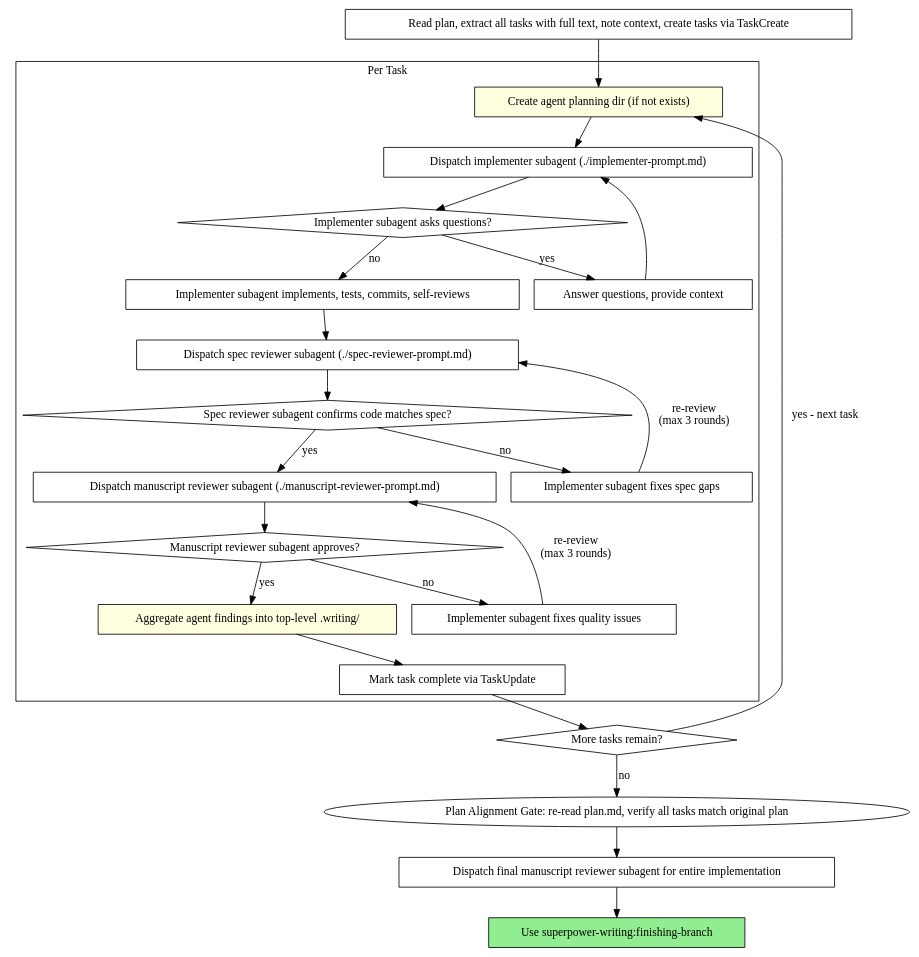
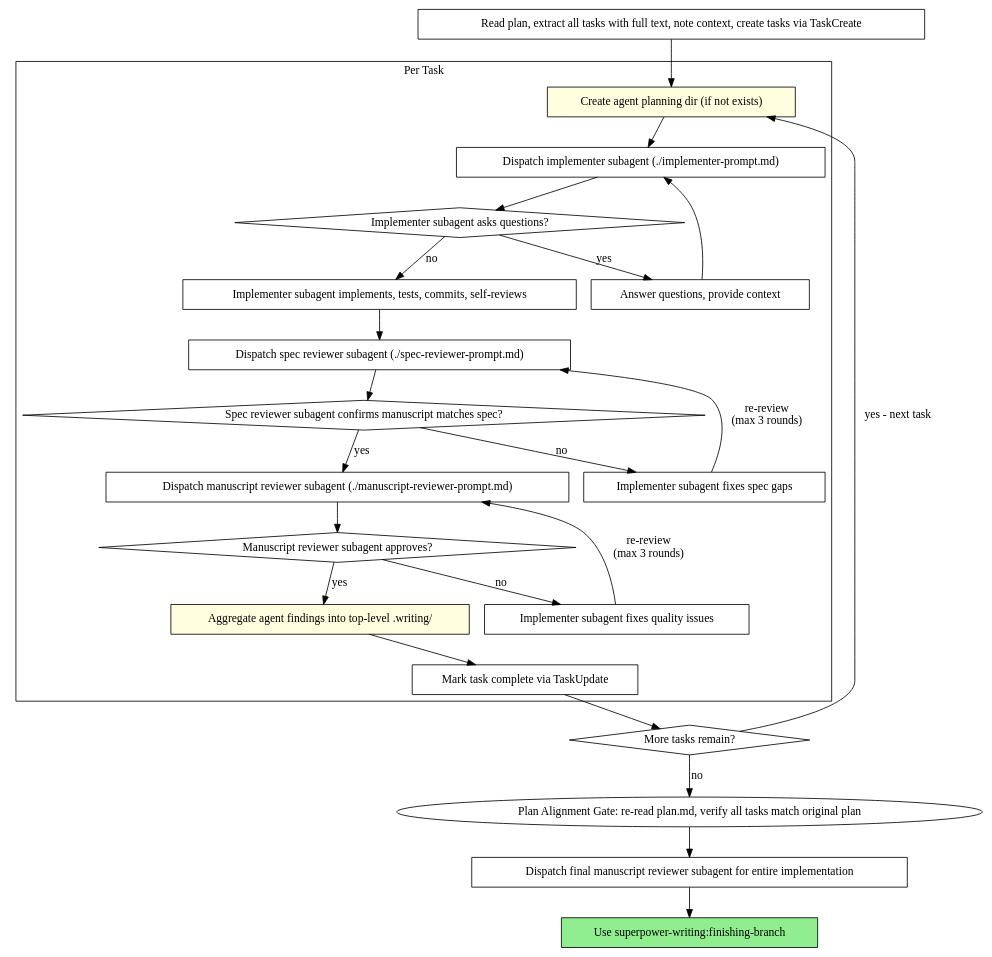
One commit to SipengXie2024/superpower-writing changed the second of 2 diagrams in skills/subagent-driven/SKILL.md. Above: the diagram before and after it, drawn with Graphviz. The commit also changed 2 other files, not shown here.

Commit message:
fix(skills): rewrite subagent-driven code→manuscript for artifact references (D9)

````diff
--- a/skills/subagent-driven/SKILL.md
+++ b/skills/subagent-driven/SKILL.md
@@ -84,49 +84,49 @@
 ```dot
 digraph process {
     rankdir=TB;
 
     subgraph cluster_per_task {
         label="Per Task";
         "Create agent planning dir (if not exists)" [shape=box style=filled fillcolor=lightyellow];
         "Dispatch implementer subagent (./implementer-prompt.md)" [shape=box];
         "Implementer subagent asks questions?" [shape=diamond];
         "Answer questions, provide context" [shape=box];
         "Implementer subagent implements, tests, commits, self-reviews" [shape=box];
         "Dispatch spec reviewer subagent (./spec-reviewer-prompt.md)" [shape=box];
-        "Spec reviewer subagent confirms code matches spec?" [shape=diamond];
+        "Spec reviewer subagent confirms manuscript matches spec?" [shape=diamond];
         "Implementer subagent fixes spec gaps" [shape=box];
         "Dispatch manuscript reviewer subagent (./manuscript-reviewer-prompt.md)" [shape=box];
         "Manuscript reviewer subagent approves?" [shape=diamond];
         "Implementer subagent fixes quality issues" [shape=box];
         "Aggregate agent findings into top-level .writing/" [shape=box style=filled fillcolor=lightyellow];
         "Mark task complete via TaskUpdate" [shape=box];
     }
 
     "Read plan, extract all tasks with full text, note context, create tasks via TaskCreate" [shape=box];
     "More tasks remain?" [shape=diamond];
     "Dispatch final manuscript reviewer subagent for entire implementation" [shape=box];
     "Use superpower-writing:finishing-branch" [shape=box style=filled fillcolor=lightgreen];
 
     "Read plan, extract all tasks with full text, note context, create tasks via TaskCreate" -> "Create agent planning dir (if not exists)";
     "Create agent planning dir (if not exists)" -> "Dispatch implementer subagent (./implementer-prompt.md)";
     "Dispatch implementer subagent (./implementer-prompt.md)" -> "Implementer subagent asks questions?";
     "Implementer subagent asks questions?" -> "Answer questions, provide context" [label="yes"];
     "Answer questions, provide context" -> "Dispatch implementer subagent (./implementer-prompt.md)";
     "Implementer subagent asks questions?" -> "Implementer subagent implements, tests, commits, self-reviews" [label="no"];
     "Implementer subagent implements, tests, commits, self-reviews" -> "Dispatch spec reviewer subagent (./spec-reviewer-prompt.md)";
-    "Dispatch spec reviewer subagent (./spec-reviewer-prompt.md)" -> "Spec reviewer subagent confirms code matches spec?";
-    "Spec reviewer subagent confirms code matches spec?" -> "Implementer subagent fixes spec gaps" [label="no"];
+    "Dispatch spec reviewer subagent (./spec-reviewer-prompt.md)" -> "Spec reviewer subagent confirms manuscript matches spec?";
+    "Spec reviewer subagent confirms manuscript matches spec?" -> "Implementer subagent fixes spec gaps" [label="no"];
     "Implementer subagent fixes spec gaps" -> "Dispatch spec reviewer subagent (./spec-reviewer-prompt.md)" [label="re-review\n(max 3 rounds)"];
-    "Spec reviewer subagent confirms code matches spec?" -> "Dispatch manuscript reviewer subagent (./manuscript-reviewer-prompt.md)" [label="yes"];
+    "Spec reviewer subagent confirms manuscript matches spec?" -> "Dispatch manuscript reviewer subagent (./manuscript-reviewer-prompt.md)" [label="yes"];
     "Dispatch manuscript reviewer subagent (./manuscript-reviewer-prompt.md)" -> "Manuscript reviewer subagent approves?";
     "Manuscript reviewer subagent approves?" -> "Implementer subagent fixes quality issues" [label="no"];
     "Implementer subagent fixes quality issues" -> "Dispatch manuscript reviewer subagent (./manuscript-reviewer-prompt.md)" [label="re-review\n(max 3 rounds)"];
     "Manuscript reviewer subagent approves?" -> "Aggregate agent findings into top-level .writing/" [label="yes"];
     "Aggregate agent findings into top-level .writing/" -> "Mark task complete via TaskUpdate";
     "Mark task complete via TaskUpdate" -> "More tasks remain?";
     "More tasks remain?" -> "Create agent planning dir (if not exists)" [label="yes - next task"];
     "More tasks remain?" -> "Plan Alignment Gate: re-read plan.md, verify all tasks match original plan" [label="no"];
     "Plan Alignment Gate: re-read plan.md, verify all tasks match original plan" -> "Dispatch final manuscript reviewer subagent for entire implementation";
     "Dispatch final manuscript reviewer subagent for entire implementation" -> "Use superpower-writing:finishing-branch";
 }
 ```
````
